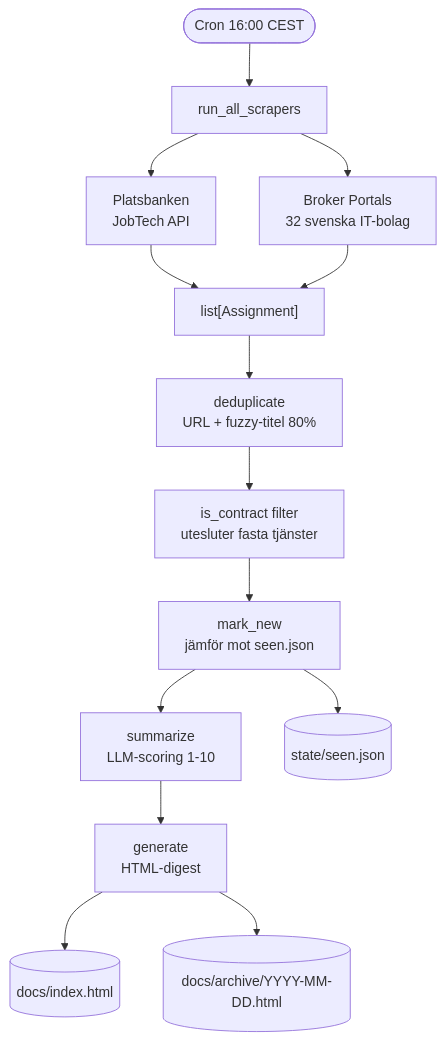
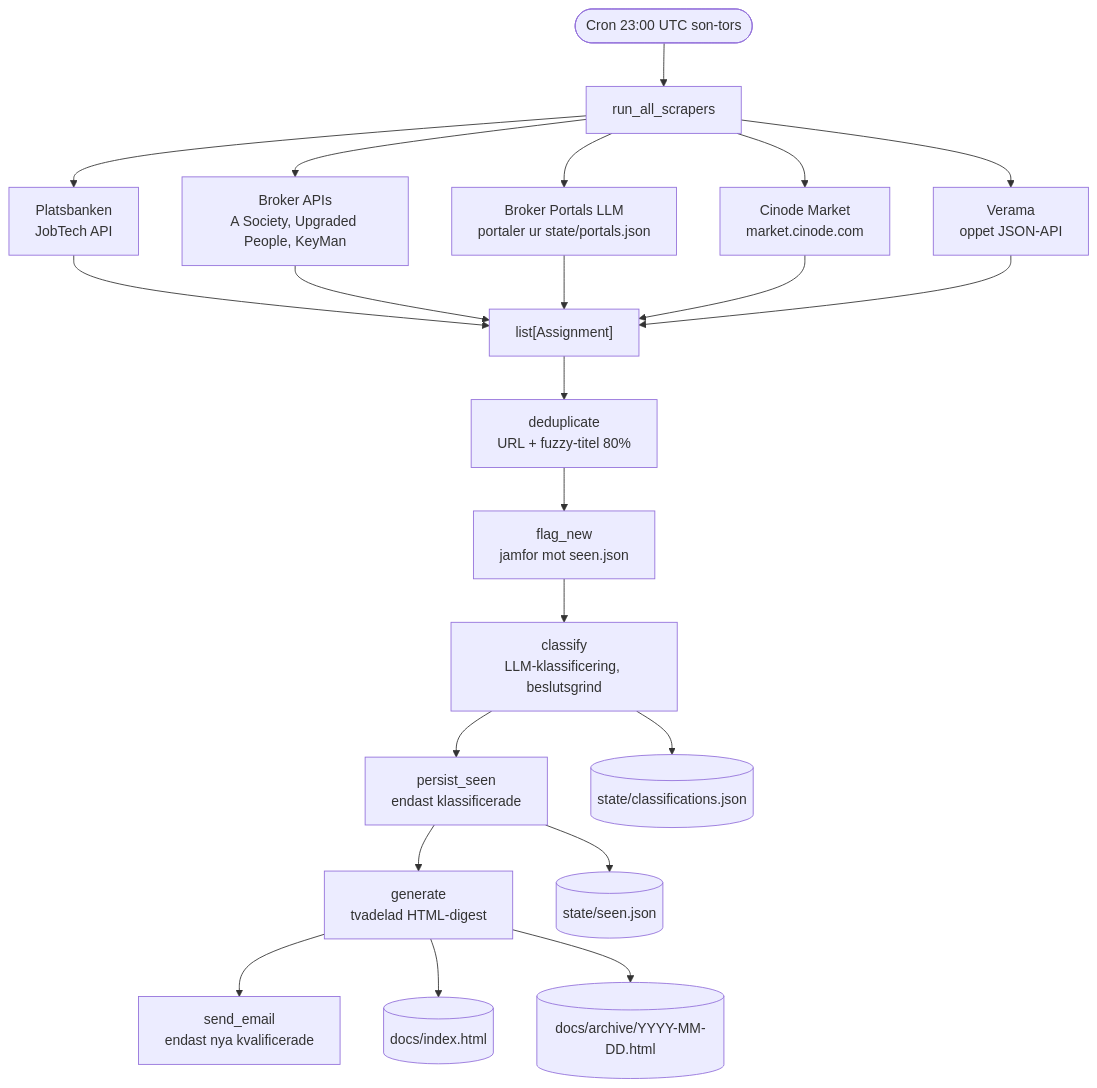
The first of 2 diagrams in README.md (simon-stenkoll/frilansuppdrag), drawn with Mermaid before and after one commit. The commit also changed other lines of this file, not shown here.

First line of the commit message:
docs: skriv om README for den nya arkitekturen

````diff
--- a/README.md
+++ b/README.md
@@ -11,20 +15,28 @@
 ```mermaid
 flowchart TD
-    A([Cron 16:00 CEST]) --> B[run_all_scrapers]
+    A([Cron 23:00 UTC son-tors]) --> B[run_all_scrapers]
 
     B --> C["Platsbanken<br/>JobTech API"]
-    B --> D["Broker Portals<br/>32 svenska IT-bolag"]
+    B --> D["Broker APIs<br/>A Society, Upgraded People, KeyMan"]
+    B --> E["Broker Portals LLM<br/>portaler ur state/portals.json"]
+    B --> F["Cinode Market<br/>market.cinode.com"]
+    B --> G["Verama<br/>oppet JSON-API"]
 
-    C --> E["list[Assignment]"]
-    D --> E
+    C --> H["list[Assignment]"]
+    D --> H
+    E --> H
+    F --> H
+    G --> H
 
-    E --> F["deduplicate<br/>URL + fuzzy-titel 80%"]
-    F --> G["is_contract filter<br/>utesluter fasta tjänster"]
-    G --> H["mark_new<br/>jämför mot seen.json"]
-    H --> I["summarize<br/>LLM-scoring 1-10"]
-    I --> J["generate<br/>HTML-digest"]
+    H --> I["deduplicate<br/>URL + fuzzy-titel 80%"]
+    I --> J["flag_new<br/>jamfor mot seen.json"]
+    J --> K["classify<br/>LLM-klassificering, beslutsgrind"]
+    K --> L["persist_seen<br/>endast klassificerade"]
+    L --> M["generate<br/>tvadelad HTML-digest"]
+    M --> N["send_email<br/>endast nya kvalificerade"]
 
-    J --> K[(docs/index.html)]
-    J --> L[(docs/archive/YYYY-MM-DD.html)]
-    H --> M[(state/seen.json)]
+    M --> O[(docs/index.html)]
+    M --> P[(docs/archive/YYYY-MM-DD.html)]
+    L --> Q[(state/seen.json)]
+    K --> R[(state/classifications.json)]
 ```
````
